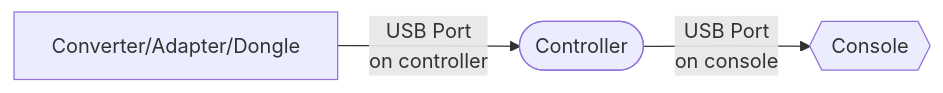
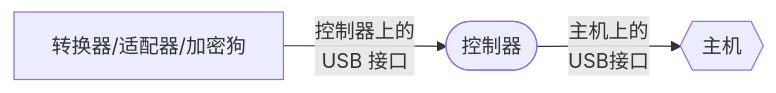
Before and after one commit to McGuffinCN/GP2040-CE-Site: the first of 2 diagrams in i18n/zh/docusaurus-plugin-content-docs/current/faq/faq-console-compatibility.mdx, drawn with Mermaid. The commit also changed other lines of this file and 73 other files, not shown here.

````diff
--- a/i18n/zh/docusaurus-plugin-content-docs/current/faq/faq-console-compatibility.mdx
+++ b/i18n/zh/docusaurus-plugin-content-docs/current/faq/faq-console-compatibility.mdx
@@ -29,4 +29,4 @@
 ```mermaid
 graph LR
-Converter/Adapter/Dongle -- USB Port <br> on controller --> Controller([Controller]) -- USB Port <br> on console --> Console{{Console}}
+转换器/适配器/加密狗 -- 控制器上的 <br> USB 接口 --> 控制器([控制器]) -- 主机上的 <br> USB接口 --> 主机{{主机}}
 ```
````
